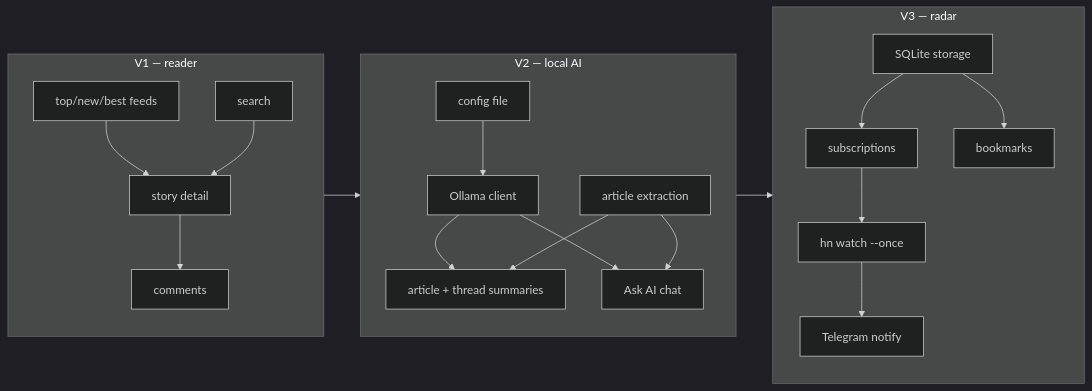
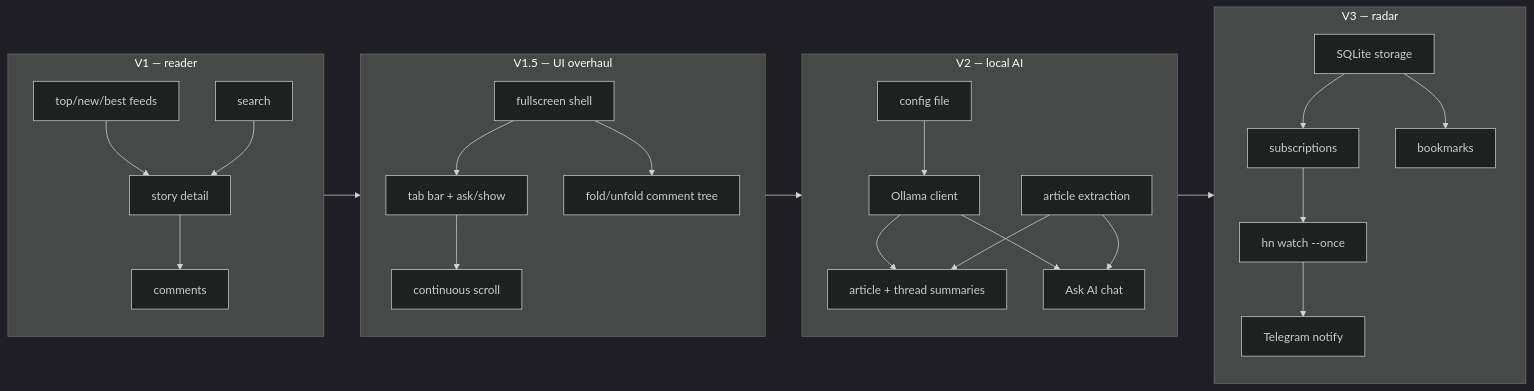
The diagram in specs/README.md (navinrc/hn-bits), drawn with Mermaid (dark theme) before and after one commit. The commit also changed other lines of this file and 8 other files, not shown here.

````diff
--- a/specs/README.md
+++ b/specs/README.md
@@ -15,20 +16,25 @@
 ```mermaid
 flowchart LR
     subgraph V1 [V1 — reader]
         A[top/new/best feeds] --> B[story detail] --> C[comments]
         S[search] --> B
+    end
+    subgraph V15 [V1.5 — UI overhaul]
+        U[fullscreen shell] --> V[tab bar + ask/show]
+        V --> W[continuous scroll]
+        U --> X[fold/unfold comment tree]
     end
     subgraph V2 [V2 — local AI]
         D[config file] --> E[Ollama client]
         E --> F[article + thread summaries]
         E --> G[Ask AI chat]
         H[article extraction] --> F & G
     end
     subgraph V3 [V3 — radar]
         I[SQLite storage] --> J[subscriptions]
         J --> K[hn watch --once]
         K --> L[Telegram notify]
         I --> M[bookmarks]
     end
-    V1 --> V2 --> V3
+    V1 --> V15 --> V2 --> V3
 ```
````
